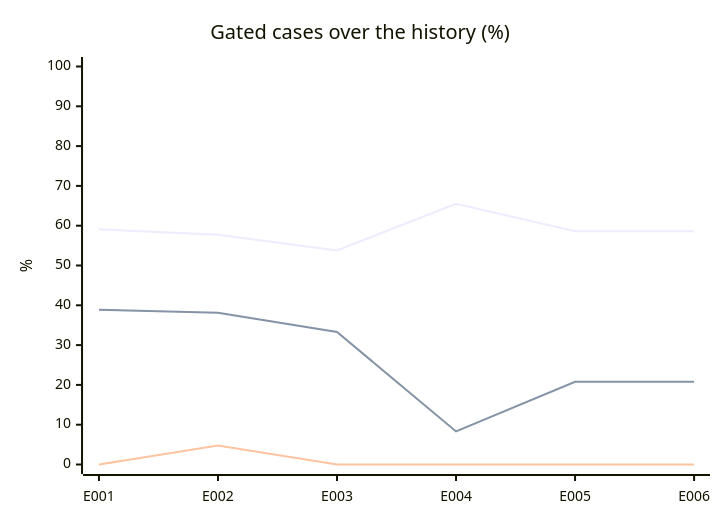
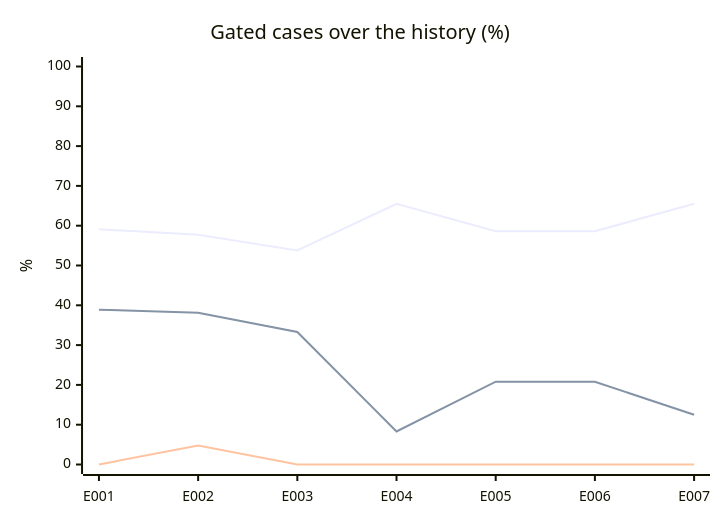
Before and after one commit to acarbonellb/anti-fraud-agent: the diagram in evals/report.md, drawn with Mermaid. The commit also changed other lines of this file and 45 other files, not shown here.

````diff
--- a/evals/report.md
+++ b/evals/report.md
@@ -41,9 +42,9 @@
 ```mermaid
 xychart-beta
   title "Gated cases over the history (%)"
-  x-axis [E001, E002, E003, E004, E005, E006]
+  x-axis [E001, E002, E003, E004, E005, E006, E007]
   y-axis "%" 0 --> 100
-  line [59.1, 57.7, 53.8, 65.5, 58.6, 58.6]
-  line [38.9, 38.1, 33.3, 8.3, 20.8, 20.8]
-  line [0, 4.8, 0, 0, 0, 0]
+  line [59.1, 57.7, 53.8, 65.5, 58.6, 58.6, 65.5]
+  line [38.9, 38.1, 33.3, 8.3, 20.8, 20.8, 12.5]
+  line [0, 4.8, 0, 0, 0, 0, 0]
 ```
````
